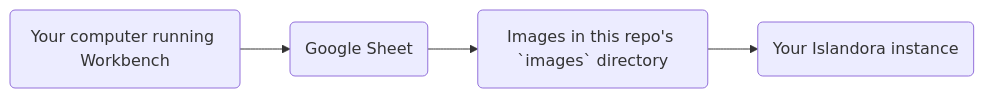
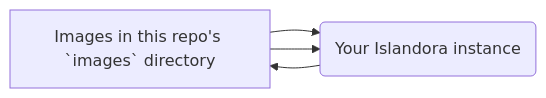
Before and after one commit to mjordan/tutorial_on_updating_using_workbench: the diagram in README.md, drawn with Mermaid.

````diff
--- a/README.md
+++ b/README.md
@@ -18,4 +18,4 @@
 ```mermaid
 flowchart LR
-    id1(Your computer running Workbench) --> id2(Google Sheet) --> id3(Images in this repo's `images` directory) --> id4(Your Islandora instance)
+    markdown["Your computer running Workbench"] --> id(Google Sheet) --> markdown["Images in this repo's `images` directory"] --> id(Your Islandora instance)
 ```
````
